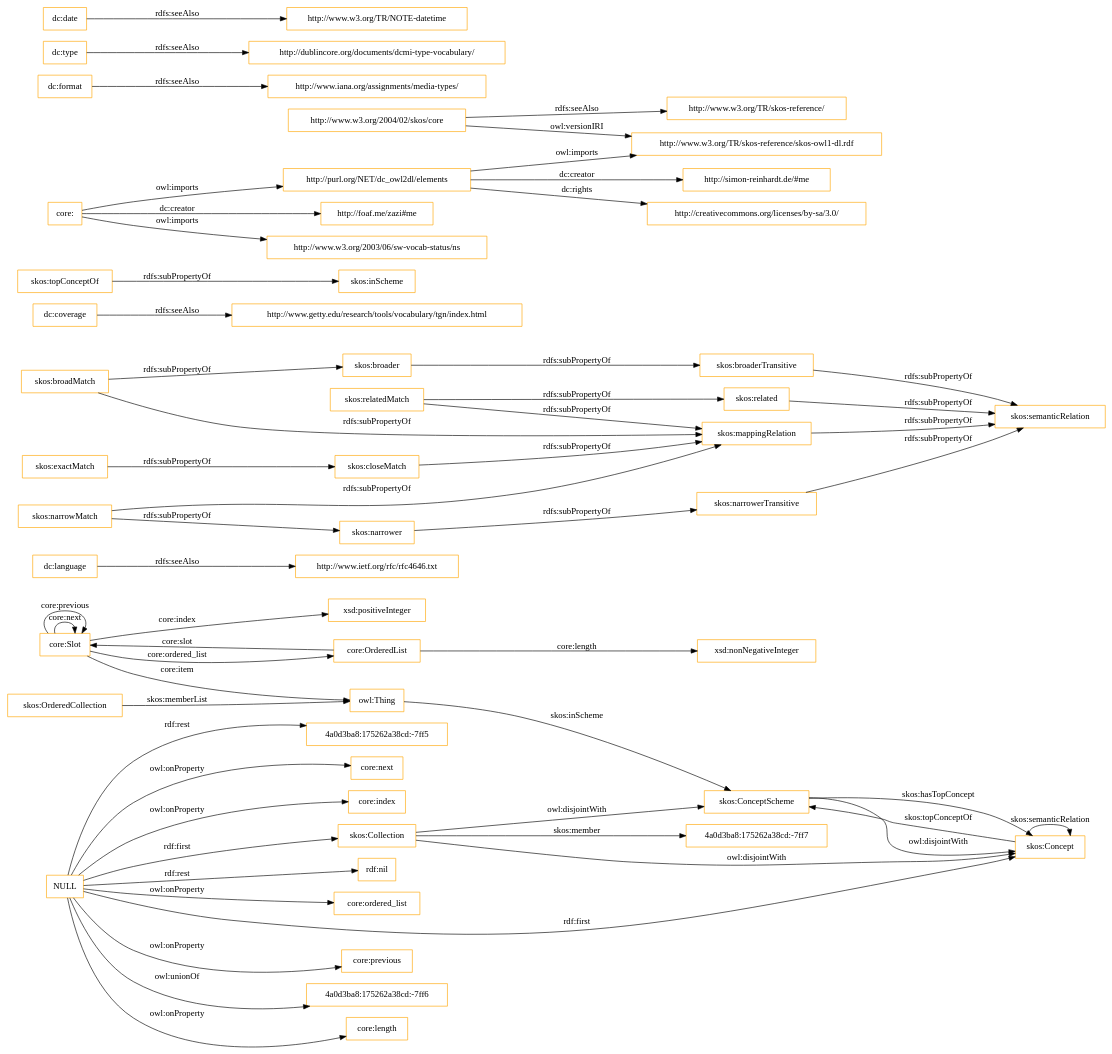
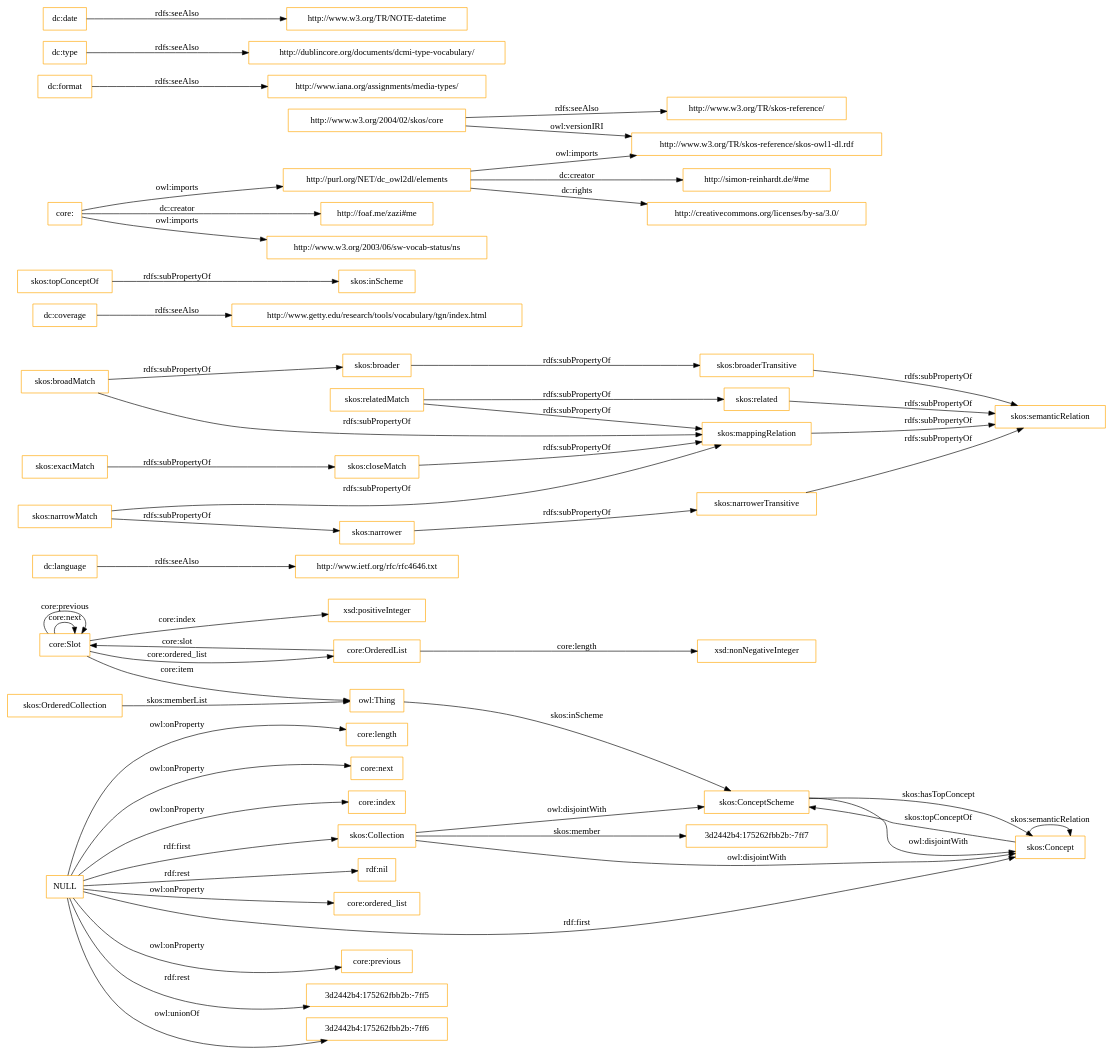
Before and after one commit to OnToologyUser/core-ontology-1: the diagram in OnToology/imports/core.owl/diagrams/ar2dtool-class/core.owl.png.dot, drawn with Graphviz. The commit also changed 14 other files, not shown here.

```diff
--- a/OnToology/imports/core.owl/diagrams/ar2dtool-class/core.owl.png.dot
+++ b/OnToology/imports/core.owl/diagrams/ar2dtool-class/core.owl.png.dot
@@ -1,60 +1,60 @@
 digraph ar2dtool_diagram { 
 rankdir=LR;
 size="1501"
-node [shape = rectangle, color="orange"]; "core:Slot" "core:OrderedList" "4a0d3ba8:175262a38cd:-7ff7" "skos:OrderedCollection" "skos:Collection" "skos:ConceptScheme" "skos:Concept" ; /*classes style*/
+node [shape = rectangle, color="orange"]; "core:Slot" "core:OrderedList" "3d2442b4:175262fbb2b:-7ff7" "skos:OrderedCollection" "skos:Collection" "skos:ConceptScheme" "skos:Concept" ; /*classes style*/
 	"dc:language" -> "http://www.ietf.org/rfc/rfc4646.txt" [ label = "rdfs:seeAlso" ];
 	"NULL" -> "core:previous" [ label = "owl:onProperty" ];
-	"NULL" -> "4a0d3ba8:175262a38cd:-7ff6" [ label = "owl:unionOf" ];
+	"NULL" -> "3d2442b4:175262fbb2b:-7ff5" [ label = "rdf:rest" ];
+	"NULL" -> "3d2442b4:175262fbb2b:-7ff6" [ label = "owl:unionOf" ];
 	"NULL" -> "core:length" [ label = "owl:onProperty" ];
 	"NULL" -> "skos:Concept" [ label = "rdf:first" ];
-	"NULL" -> "4a0d3ba8:175262a38cd:-7ff5" [ label = "rdf:rest" ];
 	"NULL" -> "core:next" [ label = "owl:onProperty" ];
 	"NULL" -> "core:index" [ label = "owl:onProperty" ];
 	"NULL" -> "rdf:nil" [ label = "rdf:rest" ];
 	"NULL" -> "core:ordered_list" [ label = "owl:onProperty" ];
 	"NULL" -> "skos:Collection" [ label = "rdf:first" ];
 	"skos:closeMatch" -> "skos:mappingRelation" [ label = "rdfs:subPropertyOf" ];
 	"dc:coverage" -> "http://www.getty.edu/research/tools/vocabulary/tgn/index.html" [ label = "rdfs:seeAlso" ];
 	"skos:relatedMatch" -> "skos:related" [ label = "rdfs:subPropertyOf" ];
 	"skos:relatedMatch" -> "skos:mappingRelation" [ label = "rdfs:subPropertyOf" ];
 	"skos:ConceptScheme" -> "skos:Concept" [ label = "owl:disjointWith" ];
 	"skos:related" -> "skos:semanticRelation" [ label = "rdfs:subPropertyOf" ];
 	"skos:topConceptOf" -> "skos:inScheme" [ label = "rdfs:subPropertyOf" ];
 	"skos:broadMatch" -> "skos:broader" [ label = "rdfs:subPropertyOf" ];
 	"skos:broadMatch" -> "skos:mappingRelation" [ label = "rdfs:subPropertyOf" ];
 	"http://purl.org/NET/dc_owl2dl/elements" -> "http://www.w3.org/TR/skos-reference/skos-owl1-dl.rdf" [ label = "owl:imports" ];
 	"http://purl.org/NET/dc_owl2dl/elements" -> "http://creativecommons.org/licenses/by-sa/3.0/" [ label = "dc:rights" ];
 	"http://purl.org/NET/dc_owl2dl/elements" -> "http://simon-reinhardt.de/#me" [ label = "dc:creator" ];
 	"skos:exactMatch" -> "skos:closeMatch" [ label = "rdfs:subPropertyOf" ];
 	"dc:format" -> "http://www.iana.org/assignments/media-types/" [ label = "rdfs:seeAlso" ];
 	"core:" -> "http://foaf.me/zazi#me" [ label = "dc:creator" ];
 	"core:" -> "http://www.w3.org/2003/06/sw-vocab-status/ns" [ label = "owl:imports" ];
 	"core:" -> "http://purl.org/NET/dc_owl2dl/elements" [ label = "owl:imports" ];
 	"skos:broaderTransitive" -> "skos:semanticRelation" [ label = "rdfs:subPropertyOf" ];
 	"skos:mappingRelation" -> "skos:semanticRelation" [ label = "rdfs:subPropertyOf" ];
 	"skos:broader" -> "skos:broaderTransitive" [ label = "rdfs:subPropertyOf" ];
 	"dc:type" -> "http://dublincore.org/documents/dcmi-type-vocabulary/" [ label = "rdfs:seeAlso" ];
 	"http://www.w3.org/2004/02/skos/core" -> "http://www.w3.org/TR/skos-reference/skos-owl1-dl.rdf" [ label = "owl:versionIRI" ];
 	"http://www.w3.org/2004/02/skos/core" -> "http://www.w3.org/TR/skos-reference/" [ label = "rdfs:seeAlso" ];
 	"skos:Collection" -> "skos:ConceptScheme" [ label = "owl:disjointWith" ];
 	"skos:Collection" -> "skos:Concept" [ label = "owl:disjointWith" ];
 	"skos:narrowMatch" -> "skos:narrower" [ label = "rdfs:subPropertyOf" ];
 	"skos:narrowMatch" -> "skos:mappingRelation" [ label = "rdfs:subPropertyOf" ];
 	"skos:narrower" -> "skos:narrowerTransitive" [ label = "rdfs:subPropertyOf" ];
 	"dc:date" -> "http://www.w3.org/TR/NOTE-datetime" [ label = "rdfs:seeAlso" ];
 	"skos:narrowerTransitive" -> "skos:semanticRelation" [ label = "rdfs:subPropertyOf" ];
 	"core:Slot" -> "xsd:positiveInteger" [ label = "core:index" ];
 	"skos:Concept" -> "skos:ConceptScheme" [ label = "skos:topConceptOf" ];
 	"core:Slot" -> "owl:Thing" [ label = "core:item" ];
 	"core:OrderedList" -> "xsd:nonNegativeInteger" [ label = "core:length" ];
 	"core:OrderedList" -> "core:Slot" [ label = "core:slot" ];
-	"skos:Collection" -> "4a0d3ba8:175262a38cd:-7ff7" [ label = "skos:member" ];
+	"skos:Collection" -> "3d2442b4:175262fbb2b:-7ff7" [ label = "skos:member" ];
 	"core:Slot" -> "core:Slot" [ label = "core:next" ];
 	"skos:ConceptScheme" -> "skos:Concept" [ label = "skos:hasTopConcept" ];
 	"owl:Thing" -> "skos:ConceptScheme" [ label = "skos:inScheme" ];
 	"core:Slot" -> "core:Slot" [ label = "core:previous" ];
 	"skos:OrderedCollection" -> "owl:Thing" [ label = "skos:memberList" ];
 	"skos:Concept" -> "skos:Concept" [ label = "skos:semanticRelation" ];
 	"core:Slot" -> "core:OrderedList" [ label = "core:ordered_list" ];
 
 }
```
